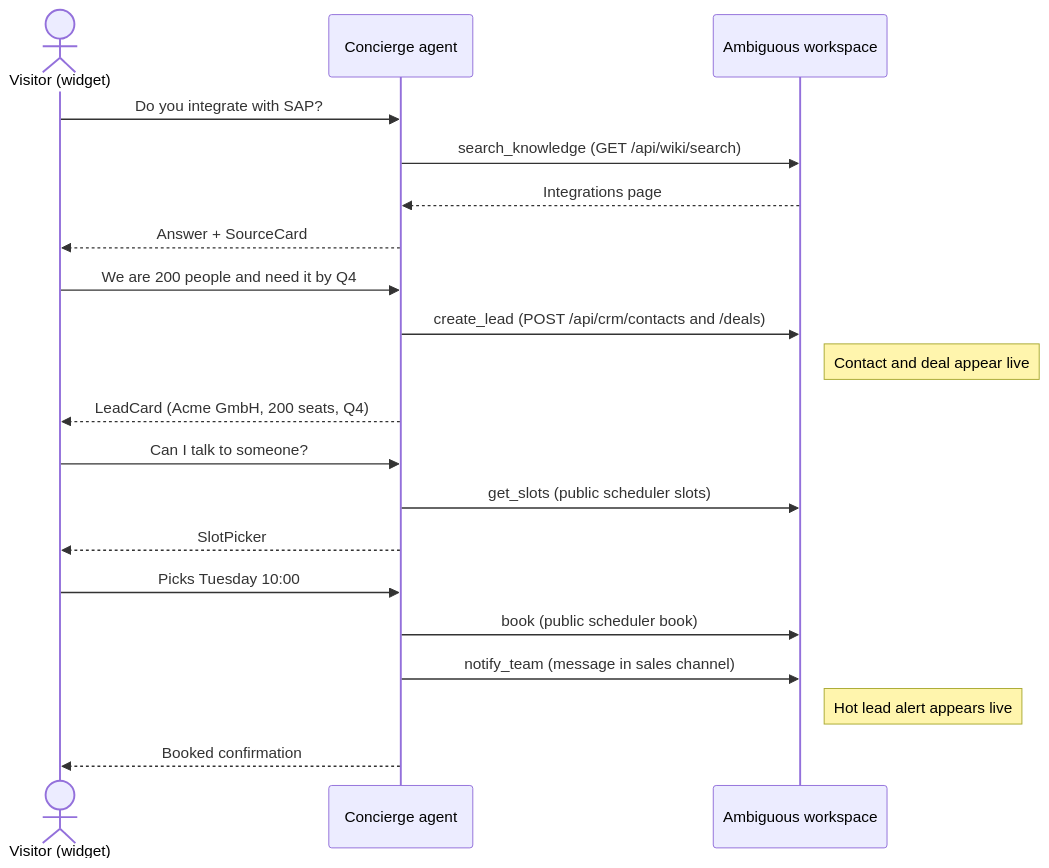
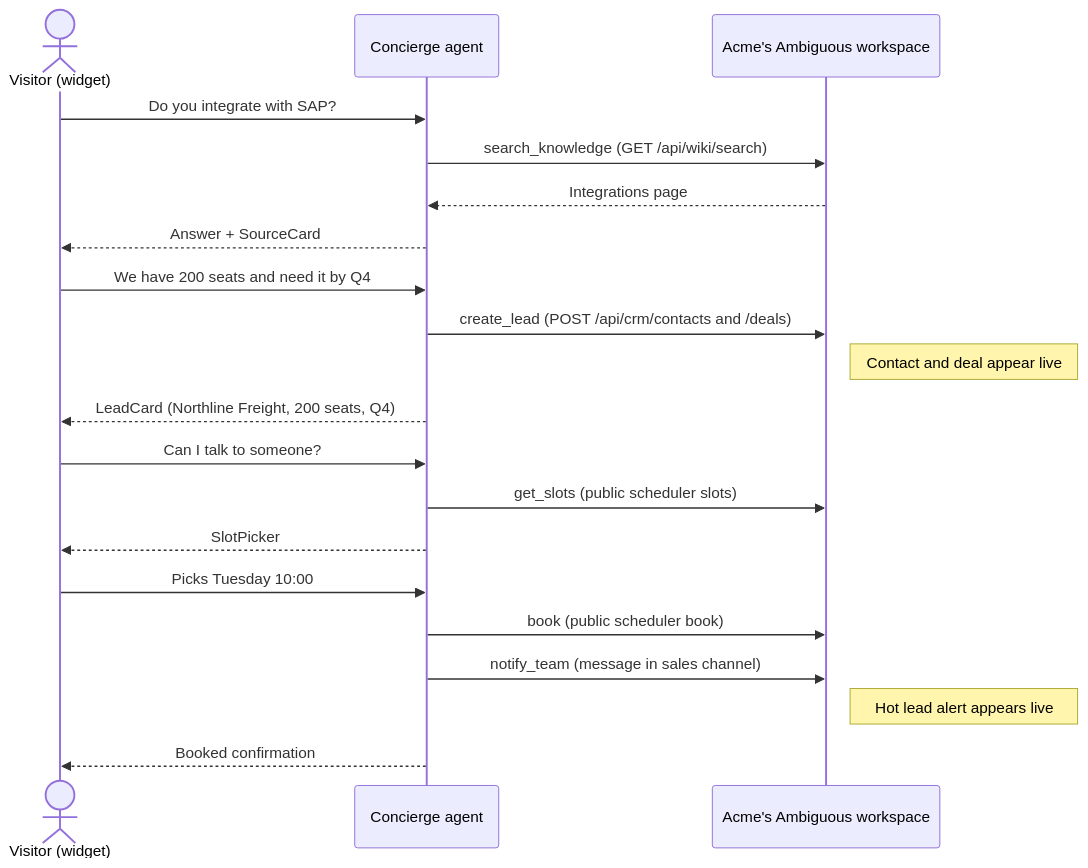
The first of 5 diagrams in docs/concierge/demo-plan.md (cun3yt/hackahton), drawn with Mermaid before and after one commit. The commit also changed other lines of this file and 1 other file, not shown here.

````diff
--- a/docs/concierge/demo-plan.md
+++ b/docs/concierge/demo-plan.md
@@ -23,22 +88,22 @@
 ```mermaid
 sequenceDiagram
     actor V as Visitor (widget)
     participant C as Concierge agent
-    participant A as Ambiguous workspace
+    participant A as Acme's Ambiguous workspace
     V->>C: Do you integrate with SAP?
     C->>A: search_knowledge (GET /api/wiki/search)
     A-->>C: Integrations page
     C-->>V: Answer + SourceCard
-    V->>C: We are 200 people and need it by Q4
+    V->>C: We have 200 seats and need it by Q4
     C->>A: create_lead (POST /api/crm/contacts and /deals)
     Note right of A: Contact and deal appear live
-    C-->>V: LeadCard (Acme GmbH, 200 seats, Q4)
+    C-->>V: LeadCard (Northline Freight, 200 seats, Q4)
     V->>C: Can I talk to someone?
     C->>A: get_slots (public scheduler slots)
     C-->>V: SlotPicker
     V->>C: Picks Tuesday 10:00
     C->>A: book (public scheduler book)
     C->>A: notify_team (message in sales channel)
     Note right of A: Hot lead alert appears live
     C-->>V: Booked confirmation
 ```
````
